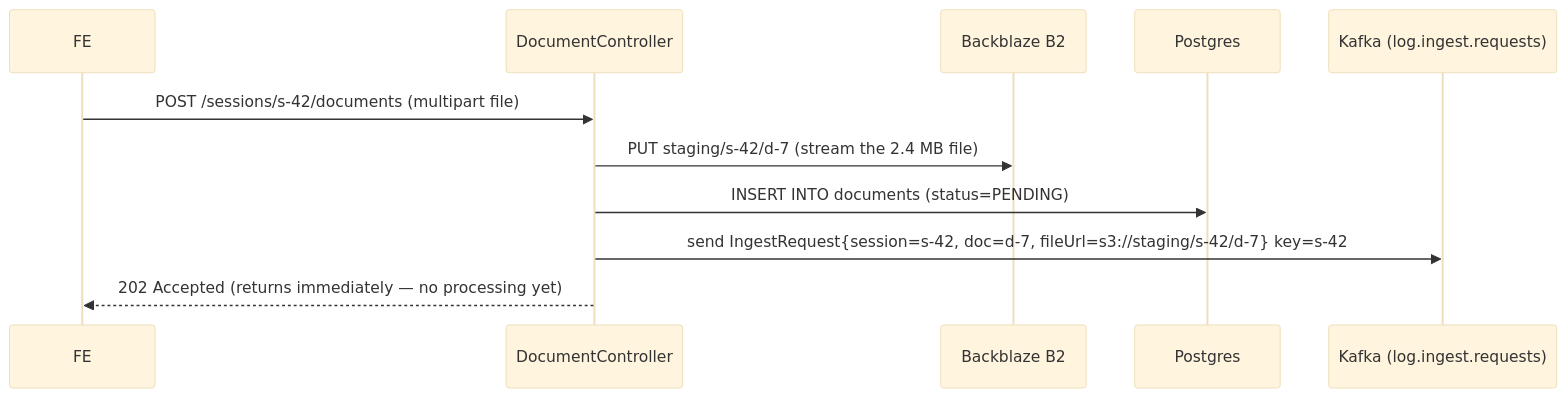
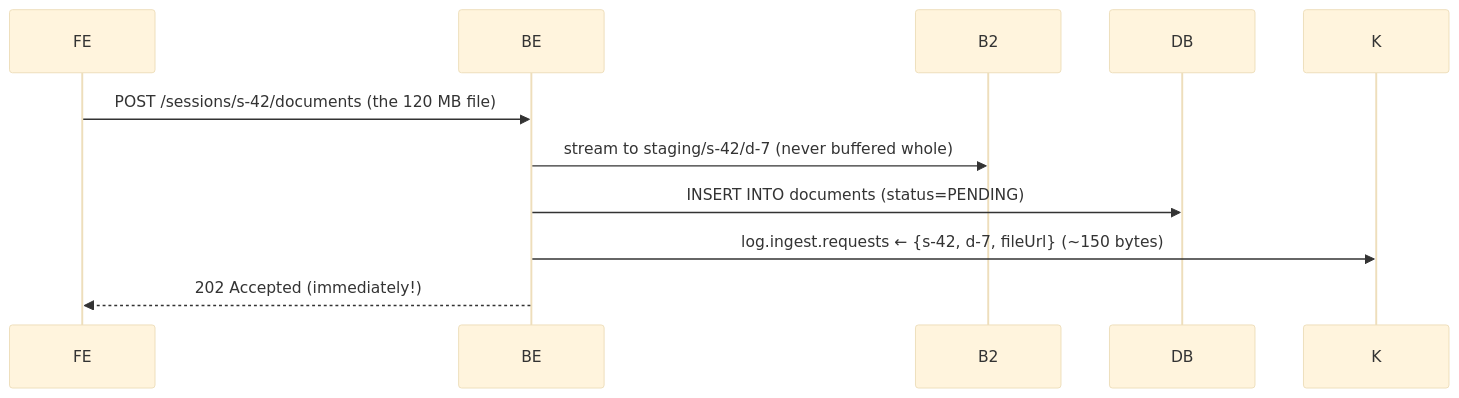
The third of 6 diagrams in docs/current-design-walkthrough.md (shubamchaudhary/ChunkAI), drawn with Mermaid (base theme) before and after one commit. The commit also changed other lines of this file and 5 other files, not shown here.

````diff
--- a/docs/current-design-walkthrough.md
+++ b/docs/current-design-walkthrough.md
@@ -139,13 +162,8 @@
 ```mermaid
 sequenceDiagram
-    participant FE
-    participant BE as DocumentController
-    participant B2 as Backblaze B2
-    participant DB as Postgres
-    participant K as Kafka (log.ingest.requests)
-    FE->>BE: POST /sessions/s-42/documents (multipart file)
-    BE->>B2: PUT staging/s-42/d-7 (stream the 2.4 MB file)
+    FE->>BE: POST /sessions/s-42/documents (the 120 MB file)
+    BE->>B2: stream to staging/s-42/d-7 (never buffered whole)
     BE->>DB: INSERT INTO documents (status=PENDING)
-    BE->>K: send IngestRequest{session=s-42, doc=d-7, fileUrl=s3://staging/s-42/d-7} key=s-42
-    BE-->>FE: 202 Accepted  (returns immediately — no processing yet)
+    BE->>K: log.ingest.requests ← {s-42, d-7, fileUrl} (~150 bytes)
+    BE-->>FE: 202 Accepted (immediately!)
 ```
````
